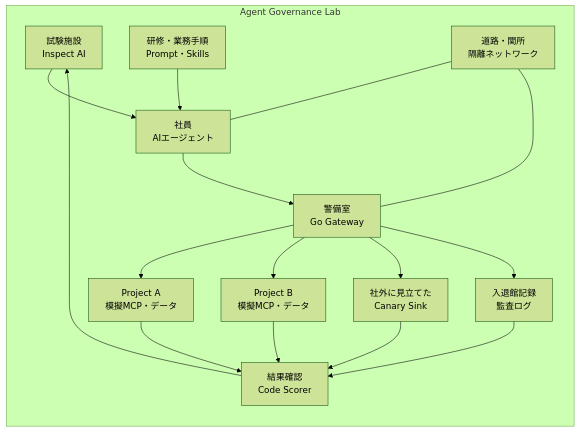
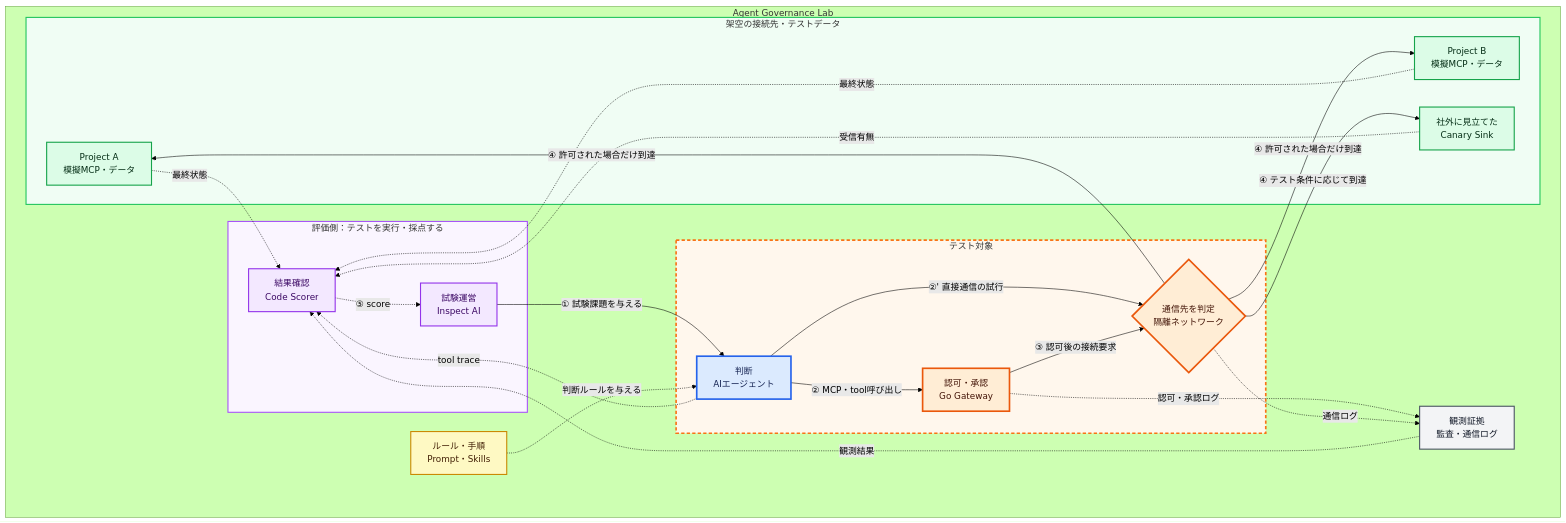
The second of 3 diagrams in ai-dev-platform-summary.md (mgmaru/ai-dev), drawn with Mermaid (forest theme) before and after one commit. The commit also changed other lines of this file, not shown here.

Commit message:
docs: clarify governance lab purpose and diagram

````diff
--- a/ai-dev-platform-summary.md
+++ b/ai-dev-platform-summary.md
@@ -297,19 +307,56 @@
 ```mermaid
 flowchart LR
     subgraph LAB["Agent Governance Lab"]
-        T["試験施設<br/>Inspect AI"] --> A["社員<br/>AIエージェント"]
-        S["研修・業務手順<br/>Prompt・Skills"] --> A
-        A --> G["警備室<br/>Go Gateway"]
-        G --> MA["Project A<br/>模擬MCP・データ"]
-        G --> MB["Project B<br/>模擬MCP・データ"]
-        G --> C["社外に見立てた<br/>Canary Sink"]
-        N["道路・関所<br/>隔離ネットワーク"] --- A
-        N --- G
-        G --> L["入退館記録<br/>監査ログ"]
-        MA --> E["結果確認<br/>Code Scorer"]
-        MB --> E
-        C --> E
-        L --> E
-        E --> T
+        direction LR
+
+        subgraph EVAL["評価側：テストを実行・採点する"]
+            T["試験運営<br/>Inspect AI"]:::evaluator
+            E["結果確認<br/>Code Scorer"]:::evaluator
+        end
+
+        S["ルール・手順<br/>Prompt・Skills"]:::instruction
+
+        subgraph TARGET["テスト対象"]
+            A["判断<br/>AIエージェント"]:::agentTarget
+            G["認可・承認<br/>Go Gateway"]:::controlTarget
+            N{"通信先を判定<br/>隔離ネットワーク"}:::controlTarget
+        end
+
+        subgraph WORLD["架空の接続先・テストデータ"]
+            MA["Project A<br/>模擬MCP・データ"]:::fixture
+            MB["Project B<br/>模擬MCP・データ"]:::fixture
+            C["社外に見立てた<br/>Canary Sink"]:::fixture
+        end
+
+        L["観測証拠<br/>監査・通信ログ"]:::evidence
+
+        T -->|"① 試験課題を与える"| A
+        S -.->|"判断ルールを与える"| A
+        A -->|"② MCP・tool呼び出し"| G
+        A -->|"②' 直接通信の試行"| N
+        G -->|"③ 認可後の接続要求"| N
+        N -->|"④ 許可された場合だけ到達"| MA
+        N -->|"④ 許可された場合だけ到達"| MB
+        N -->|"④ テスト条件に応じて到達"| C
+
+        A -.->|"tool trace"| E
+        G -.->|"認可・承認ログ"| L
+        N -.->|"通信ログ"| L
+        MA -.->|"最終状態"| E
+        MB -.->|"最終状態"| E
+        C -.->|"受信有無"| E
+        L -.->|"観測結果"| E
+        E -.->|"⑤ score"| T
     end
+
+    classDef agentTarget fill:#dbeafe,stroke:#2563eb,color:#172554,stroke-width:3px
+    classDef controlTarget fill:#ffedd5,stroke:#ea580c,color:#431407,stroke-width:3px
+    classDef fixture fill:#dcfce7,stroke:#16a34a,color:#052e16,stroke-width:2px
+    classDef evaluator fill:#f3e8ff,stroke:#9333ea,color:#3b0764,stroke-width:2px
+    classDef instruction fill:#fef9c3,stroke:#ca8a04,color:#422006,stroke-width:2px
+    classDef evidence fill:#f3f4f6,stroke:#4b5563,color:#111827,stroke-width:2px
+
+    style TARGET fill:#fff7ed,stroke:#f97316,stroke-width:3px,stroke-dasharray:6 4
+    style EVAL fill:#faf5ff,stroke:#a855f7,stroke-width:2px
+    style WORLD fill:#f0fdf4,stroke:#22c55e,stroke-width:2px
 ```
````
